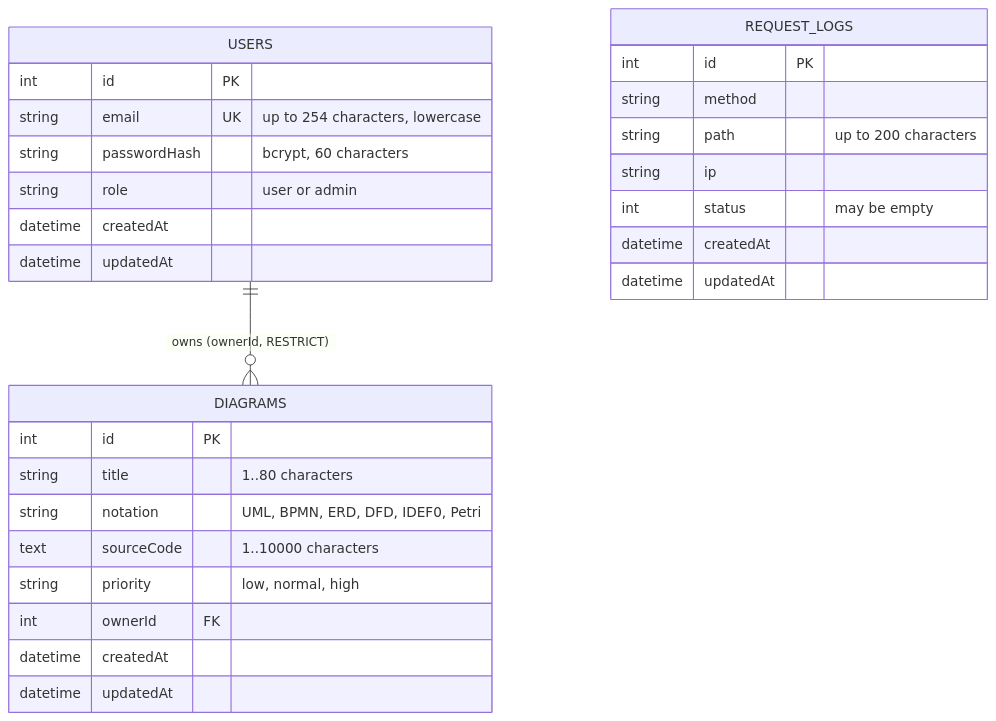
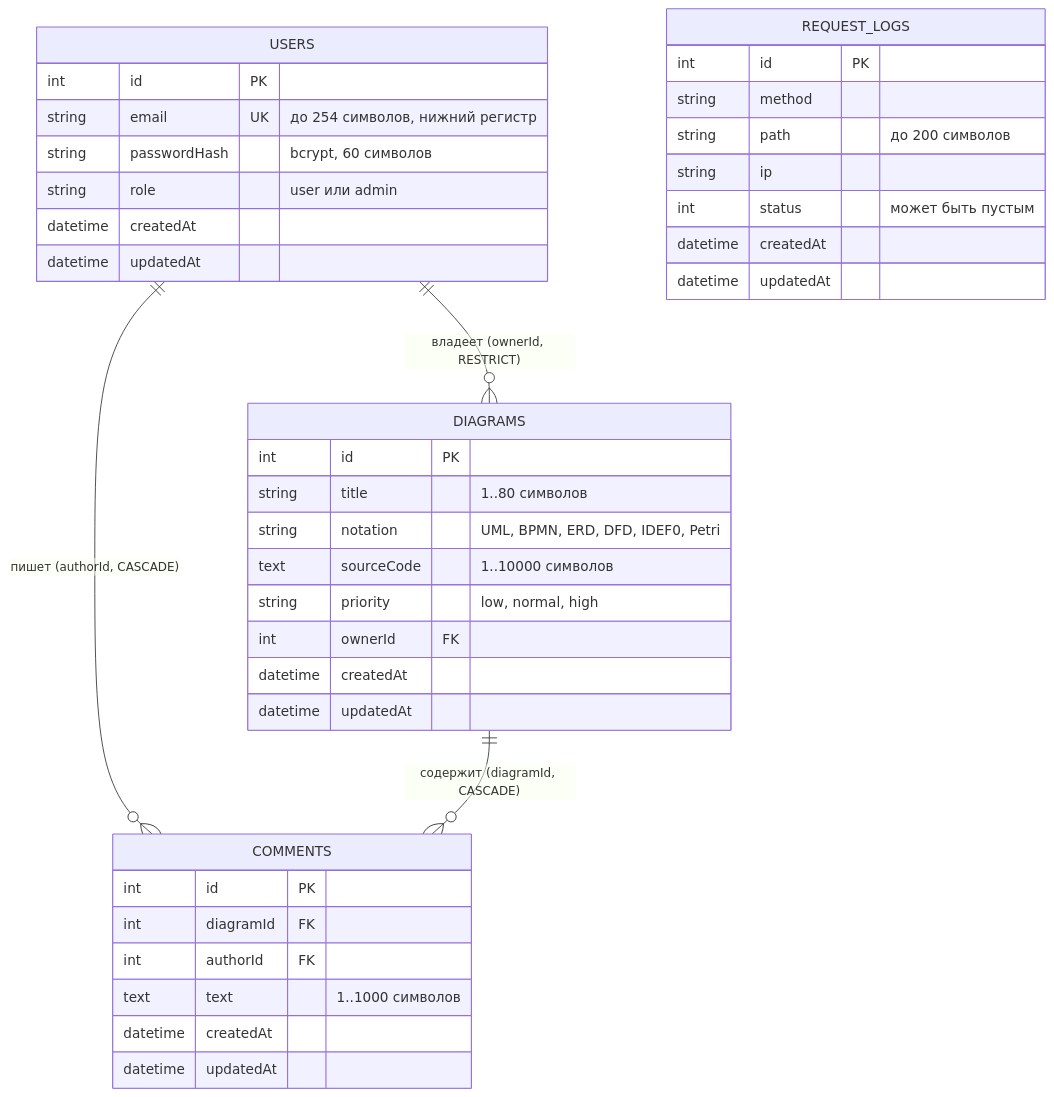
One commit to KsushaKhadzhinova/DSLKit-Project changed the fourth of 4 diagrams in course-project/note.en.md. Above: the diagram before and after it, drawn with Mermaid. The commit also changed other lines of this file and 7 other files, not shown here.

````diff
--- a/course-project/note.en.md
+++ b/course-project/note.en.md
@@ -813,31 +956,41 @@
 ```mermaid
 erDiagram
-  USERS ||--o{ DIAGRAMS : "owns (ownerId, RESTRICT)"
+  USERS ||--o{ DIAGRAMS : "владеет (ownerId, RESTRICT)"
+  USERS ||--o{ COMMENTS : "пишет (authorId, CASCADE)"
+  DIAGRAMS ||--o{ COMMENTS : "содержит (diagramId, CASCADE)"
   USERS {
     int id PK
-    string email UK "up to 254 characters, lowercase"
-    string passwordHash "bcrypt, 60 characters"
-    string role "user or admin"
+    string email UK "до 254 символов, нижний регистр"
+    string passwordHash "bcrypt, 60 символов"
+    string role "user или admin"
     datetime createdAt
     datetime updatedAt
   }
   DIAGRAMS {
     int id PK
-    string title "1..80 characters"
+    string title "1..80 символов"
     string notation "UML, BPMN, ERD, DFD, IDEF0, Petri"
-    text sourceCode "1..10000 characters"
+    text sourceCode "1..10000 символов"
     string priority "low, normal, high"
     int ownerId FK
+    datetime createdAt
+    datetime updatedAt
+  }
+  COMMENTS {
+    int id PK
+    int diagramId FK
+    int authorId FK
+    text text "1..1000 символов"
     datetime createdAt
     datetime updatedAt
   }
   REQUEST_LOGS {
     int id PK
     string method
-    string path "up to 200 characters"
+    string path "до 200 символов"
     string ip
-    int status "may be empty"
+    int status "может быть пустым"
     datetime createdAt
     datetime updatedAt
   }
 ```
````
